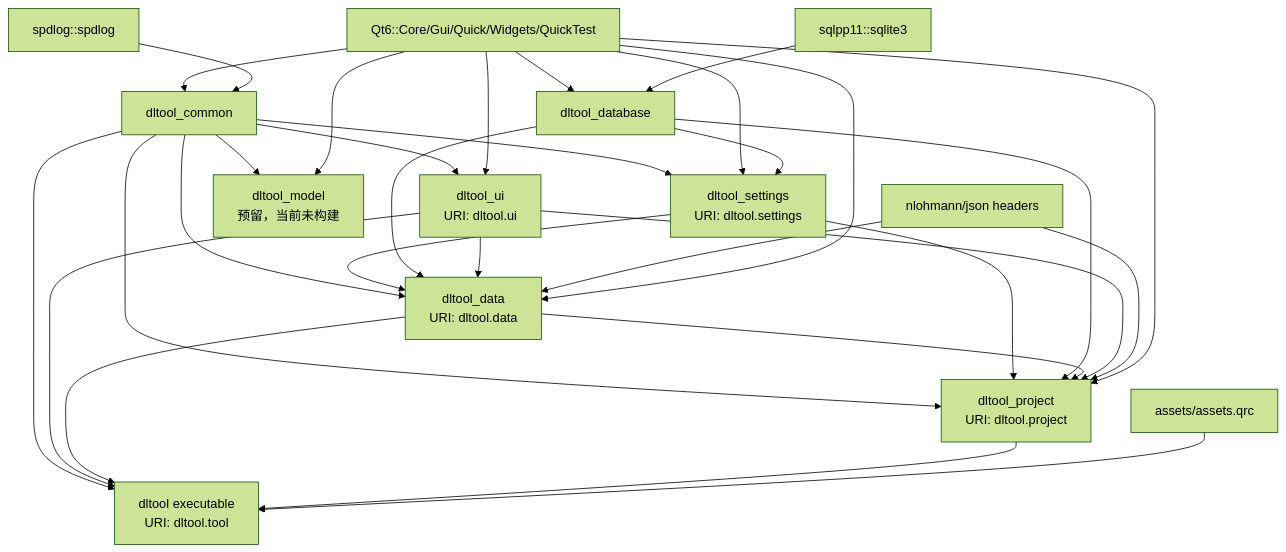
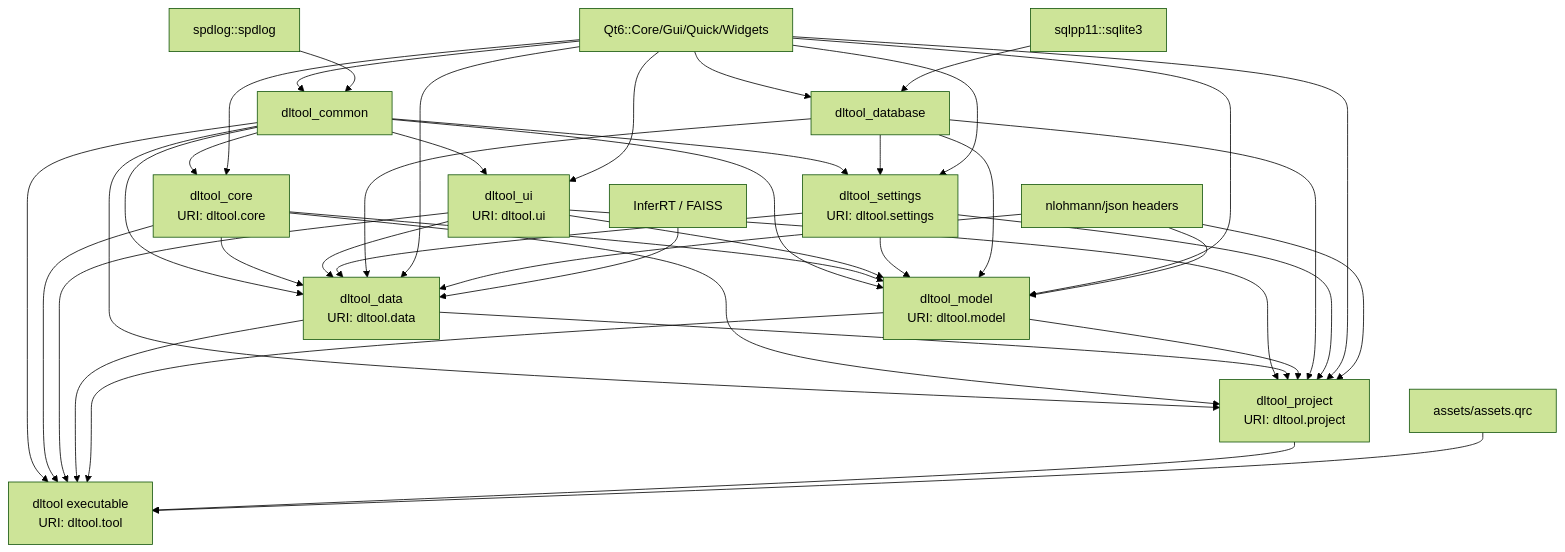
One commit to QWERDF007/DeepLearningTool changed the first of 2 diagrams in docs/ARCHITECTURE.md. Above: the diagram before and after it, drawn with Mermaid (forest theme). The commit also changed other lines of this file and 13 other files, not shown here.

````diff
--- a/docs/ARCHITECTURE.md
+++ b/docs/ARCHITECTURE.md
@@ -26,54 +29,70 @@
 ```mermaid
 flowchart TB
-  qt["Qt6::Core/Gui/Quick/Widgets/QuickTest"]
+  qt["Qt6::Core/Gui/Quick/Widgets"]
   spdlog["spdlog::spdlog"]
   sqlpp["sqlpp11::sqlite3"]
   nlohmann["nlohmann/json headers"]
+  inferrt["InferRT / FAISS"]
   assets["assets/assets.qrc"]
 
   common["dltool_common"]
+  core["dltool_core\nURI: dltool.core"]
+  database["dltool_database"]
   settings["dltool_settings\nURI: dltool.settings"]
-  database["dltool_database"]
   ui["dltool_ui\nURI: dltool.ui"]
+  model["dltool_model\nURI: dltool.model"]
   data["dltool_data\nURI: dltool.data"]
   project["dltool_project\nURI: dltool.project"]
   tool["dltool executable\nURI: dltool.tool"]
-  model["dltool_model\n预留，当前未构建"]
 
   qt --> common
   spdlog --> common
 
-  common --> settings
-  qt --> settings
-  database --> settings
+  common --> core
+  qt --> core
 
   qt --> database
   sqlpp --> database
 
+  common --> settings
+  database --> settings
+  qt --> settings
+
   common --> ui
   qt --> ui
 
+  common --> model
+  core --> model
+  ui --> model
+  settings --> model
+  database --> model
+  qt --> model
+  nlohmann --> model
+
   common --> data
+  core --> data
+  ui --> data
   settings --> data
   database --> data
-  ui --> data
+  qt --> data
   nlohmann --> data
-  qt --> data
+  inferrt --> data
 
   common --> project
+  core --> project
+  ui --> project
+  data --> project
+  model --> project
+  database --> project
   settings --> project
-  database --> project
-  data --> project
-  ui --> project
+  qt --> project
   nlohmann --> project
-  qt --> project
 
   common --> tool
+  core --> tool
   ui --> tool
   data --> tool
+  model --> tool
   project --> tool
   assets --> tool
-
-  common --> model
-  qt --> model
 ```
````
